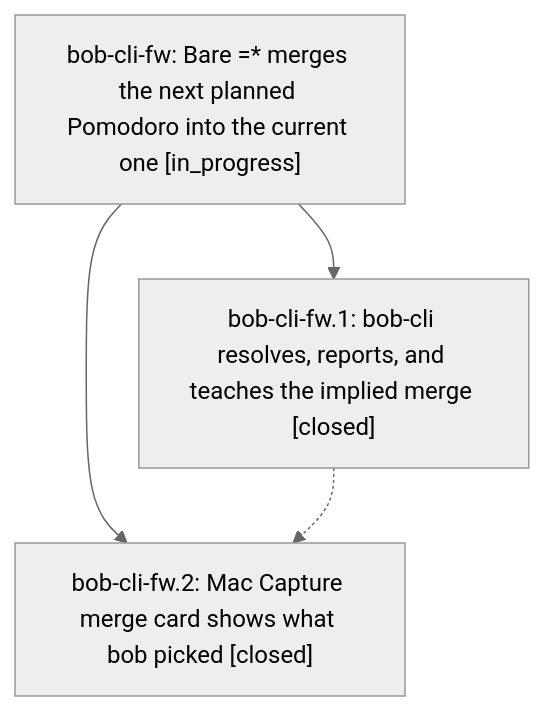
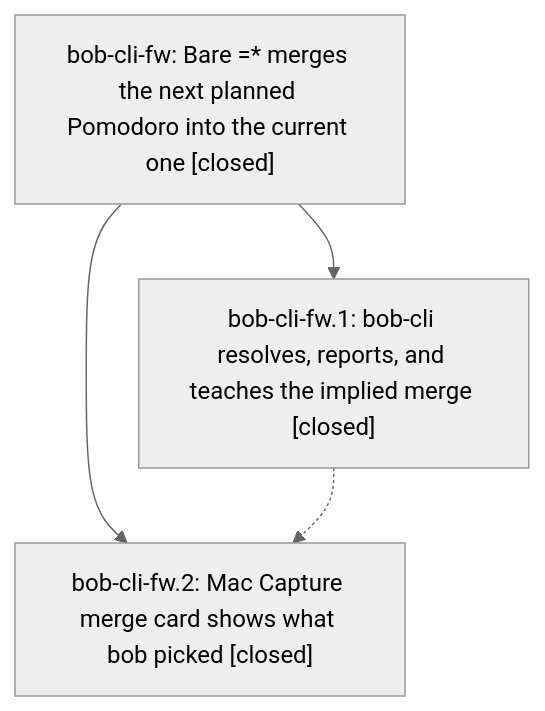
The diagram in pages/bob-cli-fw/README.md (bobs-org/bob-cli--beads), drawn with Mermaid (neutral theme) before and after one commit. The commit also changed other lines of this file and 1 other file, not shown here.

First line of the commit message:
chore(beads): sync bead state and pages for bob-cli-fw

````diff
--- a/pages/bob-cli-fw/README.md
+++ b/pages/bob-cli-fw/README.md
@@ -35,9 +55,9 @@
 ```mermaid
 flowchart TD
-    n0["bob-cli-fw: Bare =* merges the next planned Pomodoro into the current one [in_progress]"]
+    n0["bob-cli-fw: Bare =* merges the next planned Pomodoro into the current one [closed]"]
     n1["bob-cli-fw.1: bob-cli resolves, reports, and teaches the implied merge [closed]"]
     n2["bob-cli-fw.2: Mac Capture merge card shows what bob picked [closed]"]
     n0 --> n1
     n0 --> n2
     n1 -.-> n2
 ```
````
